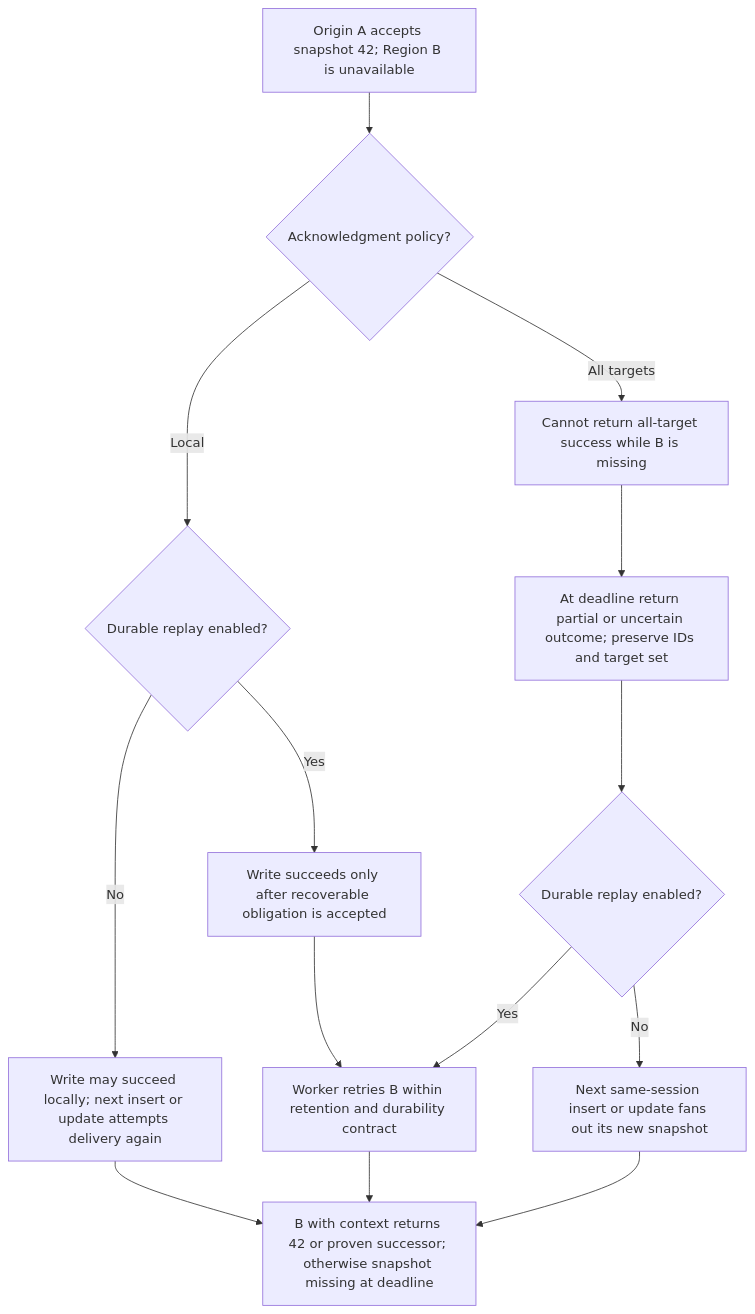
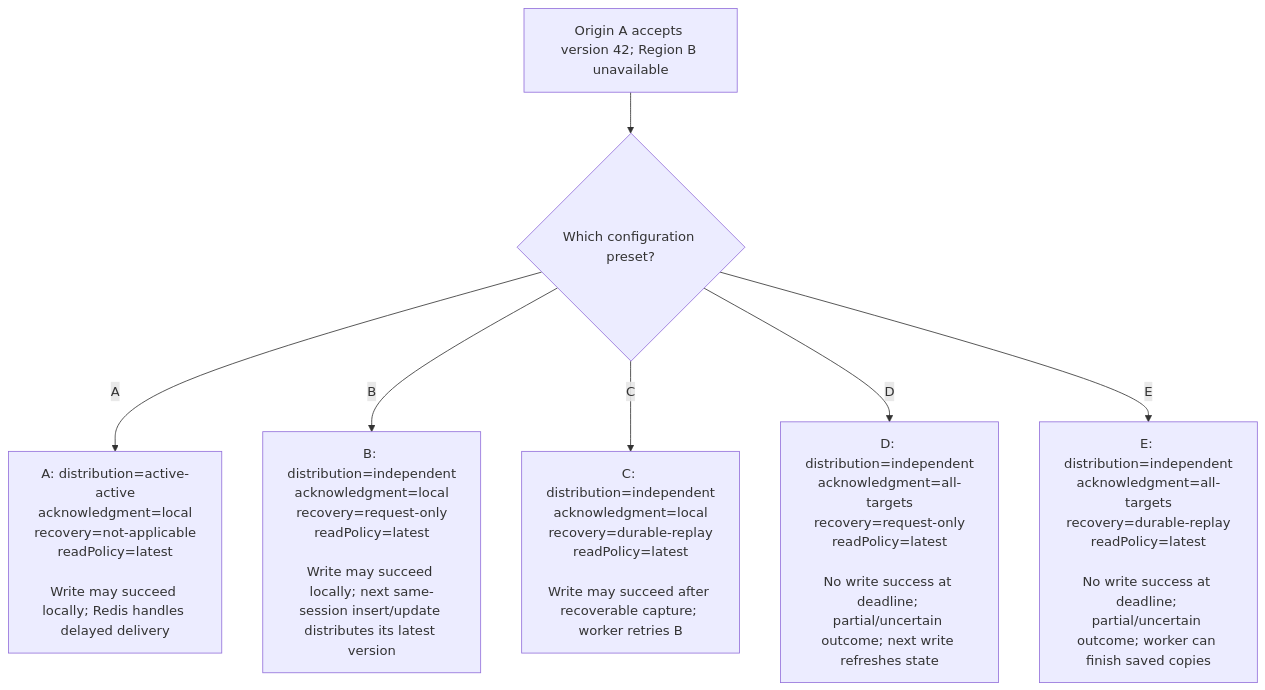
The third of 5 diagrams in decisions.md (alberttwong/redis-multi-region-adapter), drawn with Mermaid before and after one commit. The commit also changed other lines of this file and 2 other files, not shown here.

Commit message:
Map consistency coverage and configuration-specific outcomes

````diff
--- a/decisions.md
+++ b/decisions.md
@@ -79,16 +65,9 @@
 ```mermaid
 flowchart TD
-    Write["Origin A accepts snapshot 42; Region B is unavailable"] --> Policy{"Acknowledgment policy?"}
-    Policy -->|Local| Saved{"Durable replay enabled?"}
-    Saved -->|No| Local["Write may succeed locally; next insert or update attempts delivery again"]
-    Saved -->|Yes| Capture["Write succeeds only after recoverable obligation is accepted"]
-    Capture --> Worker["Worker retries B within retention and durability contract"]
-    Policy -->|All targets| Deadline["Cannot return all-target success while B is missing"]
-    Deadline --> Unknown["At deadline return partial or uncertain outcome; preserve IDs and target set"]
-    Unknown --> Repair{"Durable replay enabled?"}
-    Repair -->|Yes| Worker
-    Repair -->|No| NextWrite["Next same-session insert or update fans out its new snapshot"]
-    Local --> Read["B with context returns 42 or proven successor; otherwise snapshot missing at deadline"]
-    Worker --> Read
-    NextWrite --> Read
+    Write["Origin A accepts version 42; Region B unavailable"] --> Preset{"Which configuration preset?"}
+    Preset -->|A| A["A: distribution=active-active<br/>acknowledgment=local<br/>recovery=not-applicable<br/>readPolicy=latest<br/><br/>Write may succeed locally; Redis handles delayed delivery"]
+    Preset -->|B| B["B: distribution=independent<br/>acknowledgment=local<br/>recovery=request-only<br/>readPolicy=latest<br/><br/>Write may succeed locally; next same-session insert/update distributes its latest version"]
+    Preset -->|C| C["C: distribution=independent<br/>acknowledgment=local<br/>recovery=durable-replay<br/>readPolicy=latest<br/><br/>Write may succeed after recoverable capture; worker retries B"]
+    Preset -->|D| D["D: distribution=independent<br/>acknowledgment=all-targets<br/>recovery=request-only<br/>readPolicy=latest<br/><br/>No write success at deadline; partial/uncertain outcome; next write refreshes state"]
+    Preset -->|E| E["E: distribution=independent<br/>acknowledgment=all-targets<br/>recovery=durable-replay<br/>readPolicy=latest<br/><br/>No write success at deadline; partial/uncertain outcome; worker can finish saved copies"]
 ```
````
